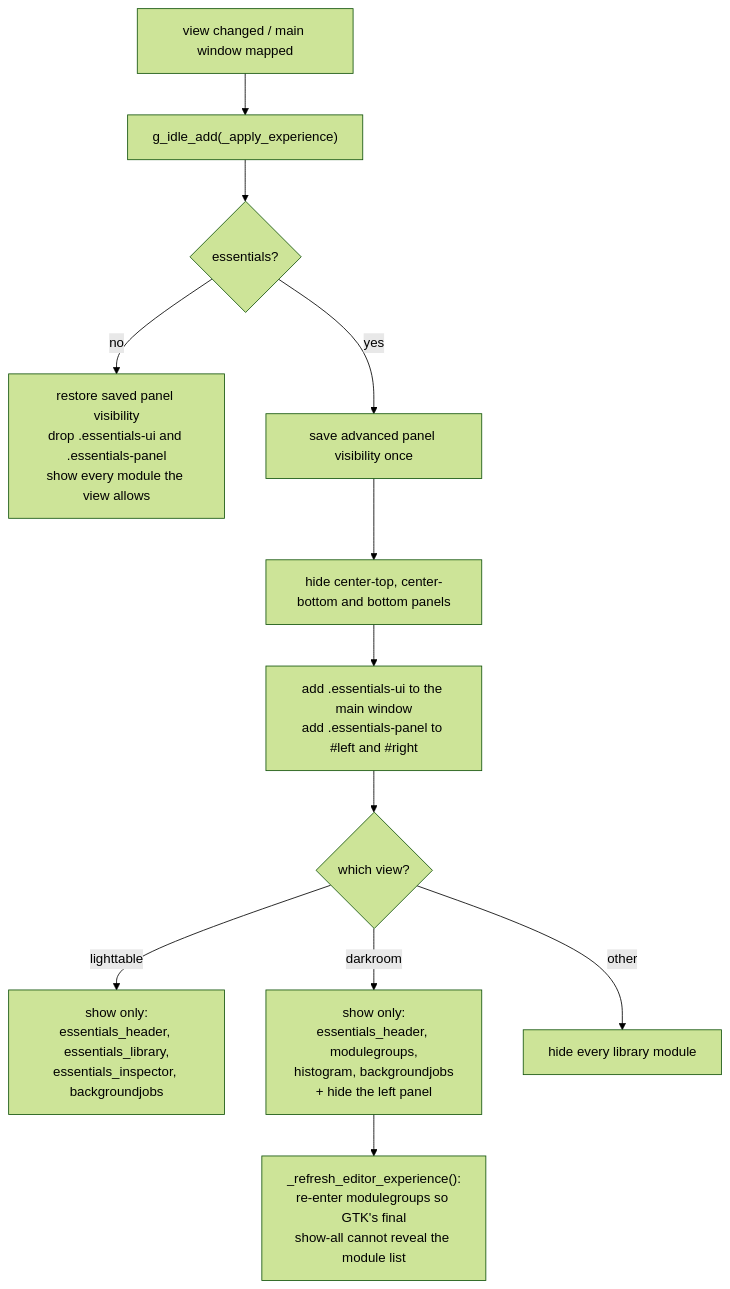
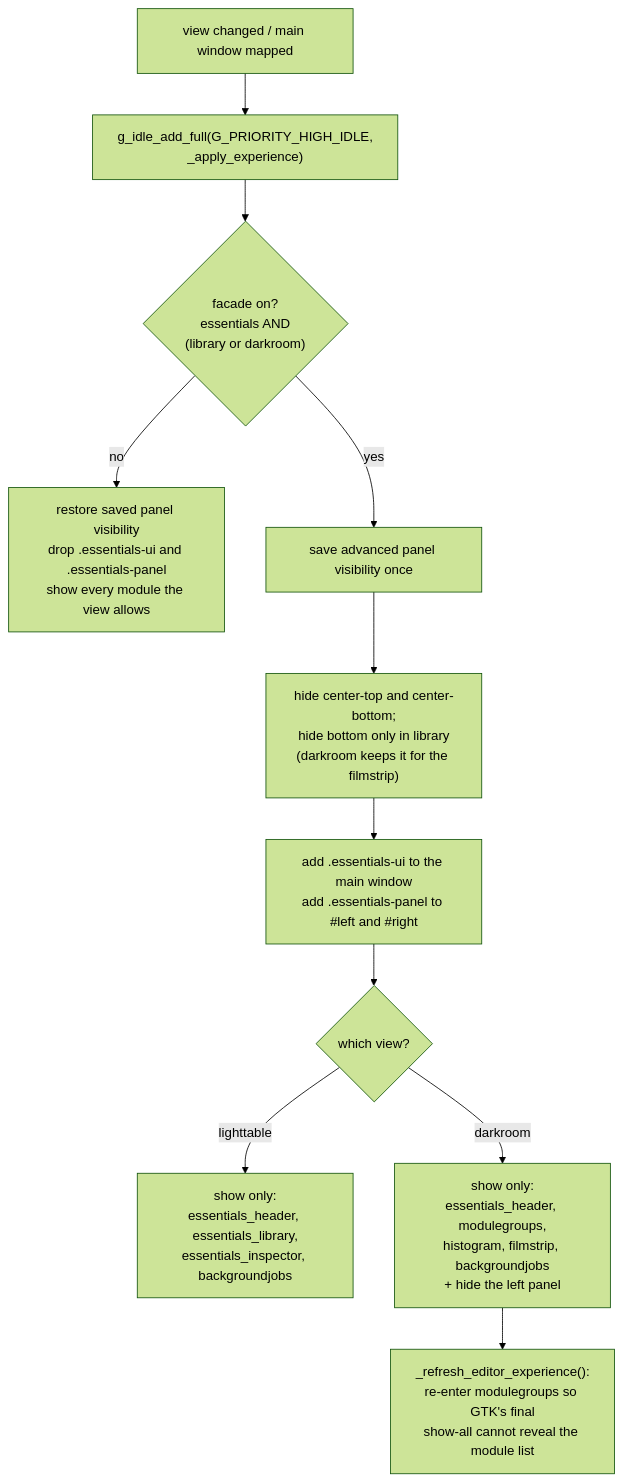
One commit to Issuenate/darktable changed the third of 9 diagrams in dev-doc/Essentials_UI_Architecture.md. Above: the diagram before and after it, drawn with Mermaid (forest theme). The commit also changed other lines of this file, not shown here.

First line of the commit message:
dev-doc: update the essentials page for the editor rework

````diff
--- a/dev-doc/Essentials_UI_Architecture.md
+++ b/dev-doc/Essentials_UI_Architecture.md
@@ -129,17 +133,16 @@
 ```mermaid
 flowchart TD
-    START["view changed / main window mapped"] --> IDLE["g_idle_add(_apply_experience)"]
-    IDLE --> MODE{"essentials?"}
+    START["view changed / main window mapped"] --> IDLE["g_idle_add_full(G_PRIORITY_HIGH_IDLE,<br/>_apply_experience)"]
+    IDLE --> MODE{"facade on?<br/>essentials AND<br/>(library or darkroom)"}
 
     MODE -->|no| RESTORE["restore saved panel visibility<br/>drop .essentials-ui and .essentials-panel<br/>show every module the view allows"]
 
     MODE -->|yes| SAVE["save advanced panel visibility once"]
-    SAVE --> HIDE["hide center-top, center-bottom and bottom panels"]
+    SAVE --> HIDE["hide center-top and center-bottom;<br/>hide bottom only in library<br/>(darkroom keeps it for the filmstrip)"]
     HIDE --> CLASS["add .essentials-ui to the main window<br/>add .essentials-panel to #left and #right"]
     CLASS --> VIEW{"which view?"}
 
     VIEW -->|lighttable| LT["show only:<br/>essentials_header, essentials_library,<br/>essentials_inspector, backgroundjobs"]
-    VIEW -->|darkroom| DR["show only:<br/>essentials_header, modulegroups,<br/>histogram, backgroundjobs<br/>+ hide the left panel"]
+    VIEW -->|darkroom| DR["show only:<br/>essentials_header, modulegroups,<br/>histogram, filmstrip, backgroundjobs<br/>+ hide the left panel"]
     DR --> REFRESH["_refresh_editor_experience():<br/>re-enter modulegroups so GTK's final<br/>show-all cannot reveal the module list"]
-    VIEW -->|other| NONE["hide every library module"]
 ```
````
